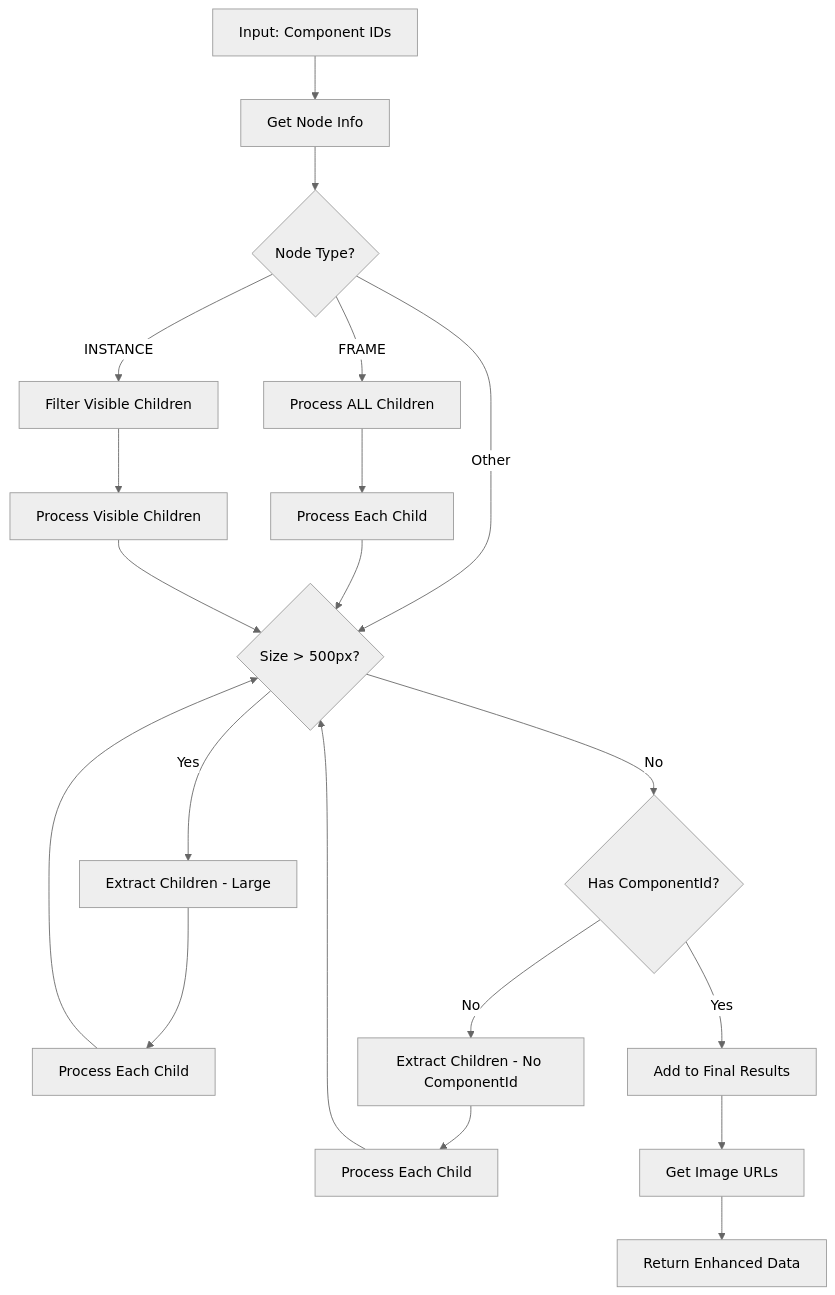
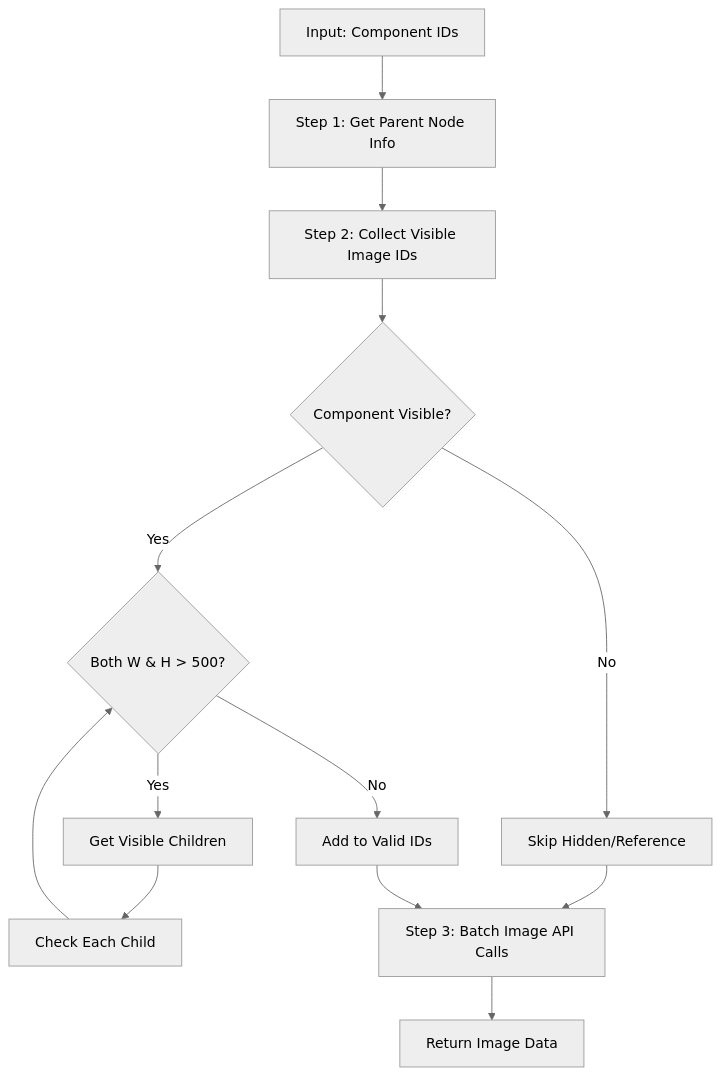
Before and after one commit to levietanh1809/TEST-HELPER-API-BE: the diagram in docs/FIGMA_INTEGRATION.md, drawn with Mermaid (neutral theme). The commit also changed other lines of this file and 6 other files, not shown here.

Commit message:
feat(): handle get component from figma url

````diff
--- a/docs/FIGMA_INTEGRATION.md
+++ b/docs/FIGMA_INTEGRATION.md
@@ -130,22 +119,15 @@
 ```mermaid
 graph TD
-    A[Input: Component IDs] --> B[Get Node Info]
-    B --> C{Node Type?}
-    C -->|FRAME| D[Process ALL Children]
-    C -->|INSTANCE| E[Filter Visible Children]
-    C -->|Other| F{Size > 500px?}
-    D --> G[Process Each Child]
-    E --> H[Process Visible Children]
-    G --> F
-    H --> F
-    F -->|Yes| I[Extract Children - Large]
-    F -->|No| J{Has ComponentId?}
-    I --> K[Process Each Child]
-    K --> F
-    J -->|No| L[Extract Children - No ComponentId]
-    J -->|Yes| M[Add to Final Results]
-    L --> N[Process Each Child]
-    N --> F
-    M --> O[Get Image URLs]
-    O --> P[Return Enhanced Data]
+    A[Input: Component IDs] --> B[Step 1: Get Parent Node Info]
+    B --> C[Step 2: Collect Visible Image IDs]
+    C --> D{Component Visible?}
+    D -->|No| E[Skip Hidden/Reference]
+    D -->|Yes| F{Both W & H > 500?}
+    F -->|Yes| G[Get Visible Children]
+    F -->|No| H[Add to Valid IDs]
+    G --> I[Check Each Child]
+    I --> F
+    E --> J[Step 3: Batch Image API Calls]
+    H --> J
+    J --> K[Return Image Data]
 ```
````
